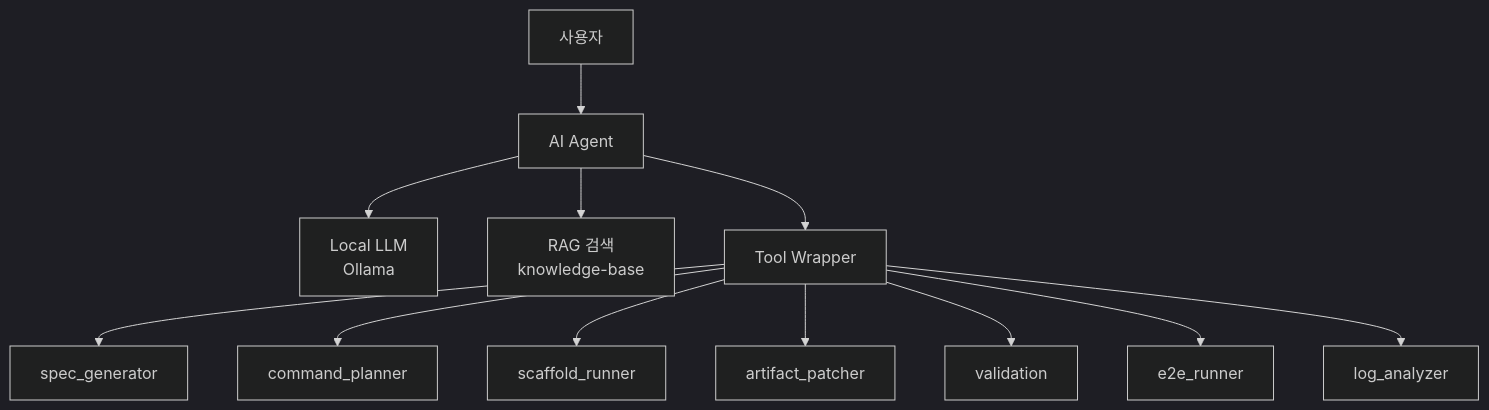
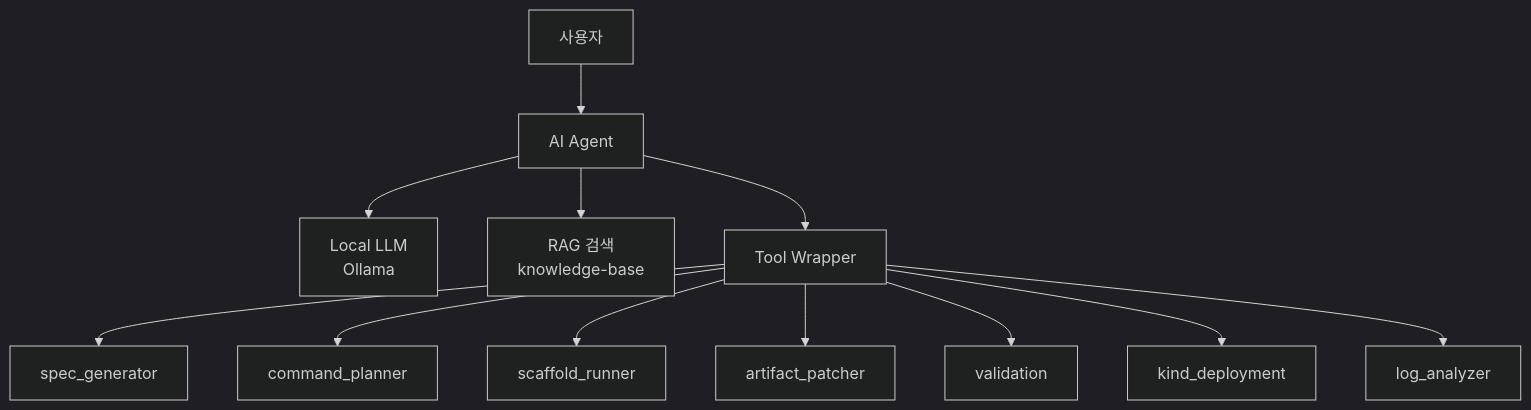
The second of 6 diagrams in docs/visual-overview.md (kuashi17/k8sagent), drawn with Mermaid (dark theme) before and after one commit. The commit also changed other lines of this file and 39 other files, not shown here.

````diff
--- a/docs/visual-overview.md
+++ b/docs/visual-overview.md
@@ -30,14 +30,14 @@
 ```mermaid
 flowchart TD
     U["사용자"] --> A["AI Agent"]
     A --> L["Local LLM<br/>Ollama"]
     A --> R["RAG 검색<br/>knowledge-base"]
     A --> W["Tool Wrapper"]
     W --> T1["spec_generator"]
     W --> T2["command_planner"]
     W --> T3["scaffold_runner"]
     W --> T4["artifact_patcher"]
     W --> T5["validation"]
-    W --> T6["e2e_runner"]
+    W --> T6["kind_deployment"]
     W --> T7["log_analyzer"]
 ```
````
